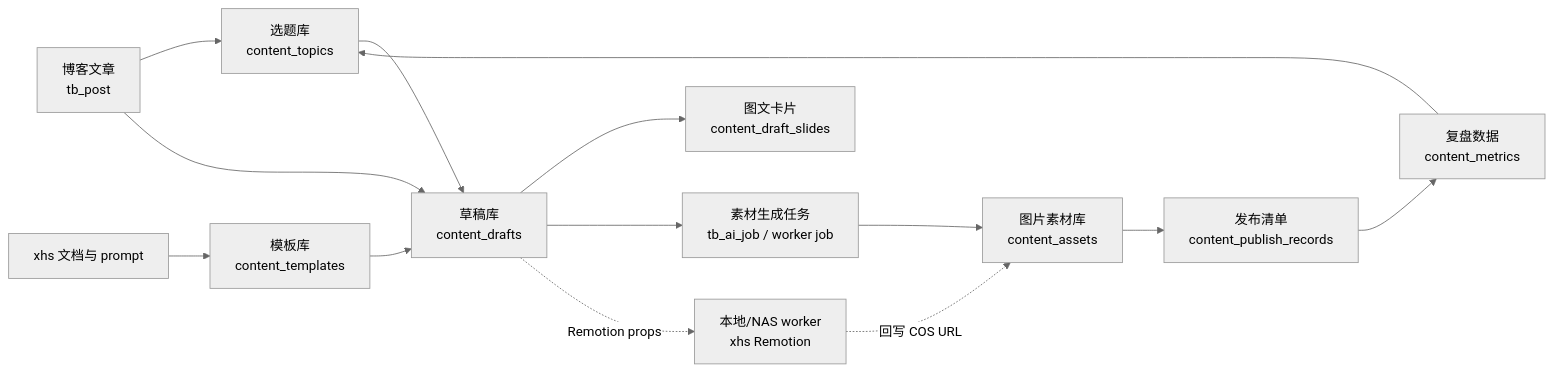
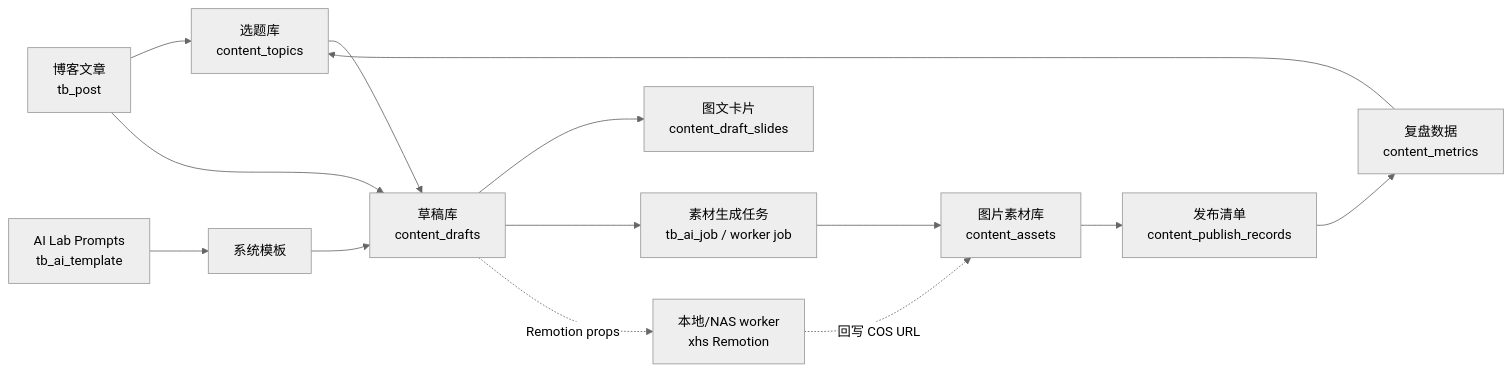
Before and after one commit to NNNNzs/react.nnnnzs.cn: the diagram in docs/plans/content-creation-platform.md, drawn with Mermaid (neutral theme). The commit also changed other lines of this file and 48 other files, not shown here.

Commit message:
feat(ai): unify prompt templates in ai lab

````diff
--- a/docs/plans/content-creation-platform.md
+++ b/docs/plans/content-creation-platform.md
@@ -94,16 +94,16 @@
 ```mermaid
 flowchart LR
     Blog["博客文章<br/>tb_post"] --> Topic["选题库<br/>content_topics"]
-    XhsDocs["xhs 文档与 prompt"] --> Template["模板库<br/>content_templates"]
+    AiLab["AI Lab Prompts<br/>tb_ai_template"] --> Template["系统模板"]
     Topic --> Draft["草稿库<br/>content_drafts"]
     Blog --> Draft
     Template --> Draft
     Draft --> Slide["图文卡片<br/>content_draft_slides"]
     Draft --> AssetJob["素材生成任务<br/>tb_ai_job / worker job"]
     AssetJob --> Asset["图片素材库<br/>content_assets"]
     Asset --> Publish["发布清单<br/>content_publish_records"]
     Publish --> Review["复盘数据<br/>content_metrics"]
     Review --> Topic
     Draft -. "Remotion props" .-> XhsWorker["本地/NAS worker<br/>xhs Remotion"]
     XhsWorker -. "回写 COS URL" .-> Asset
 ```
````
